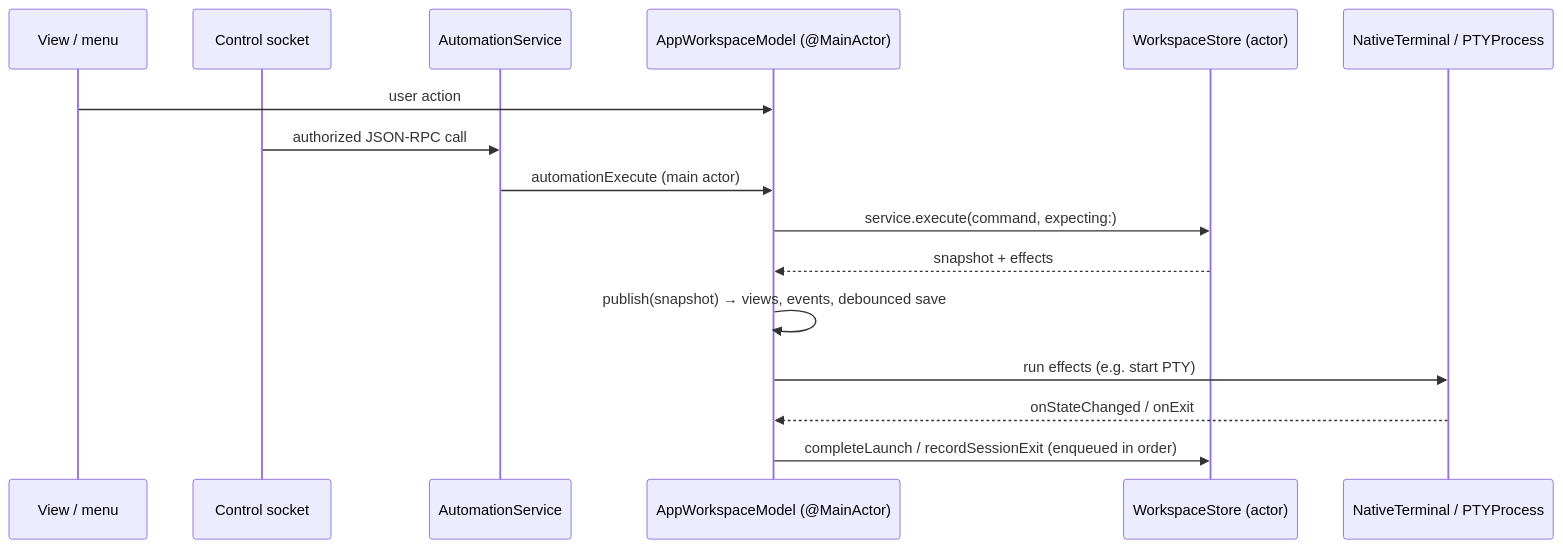
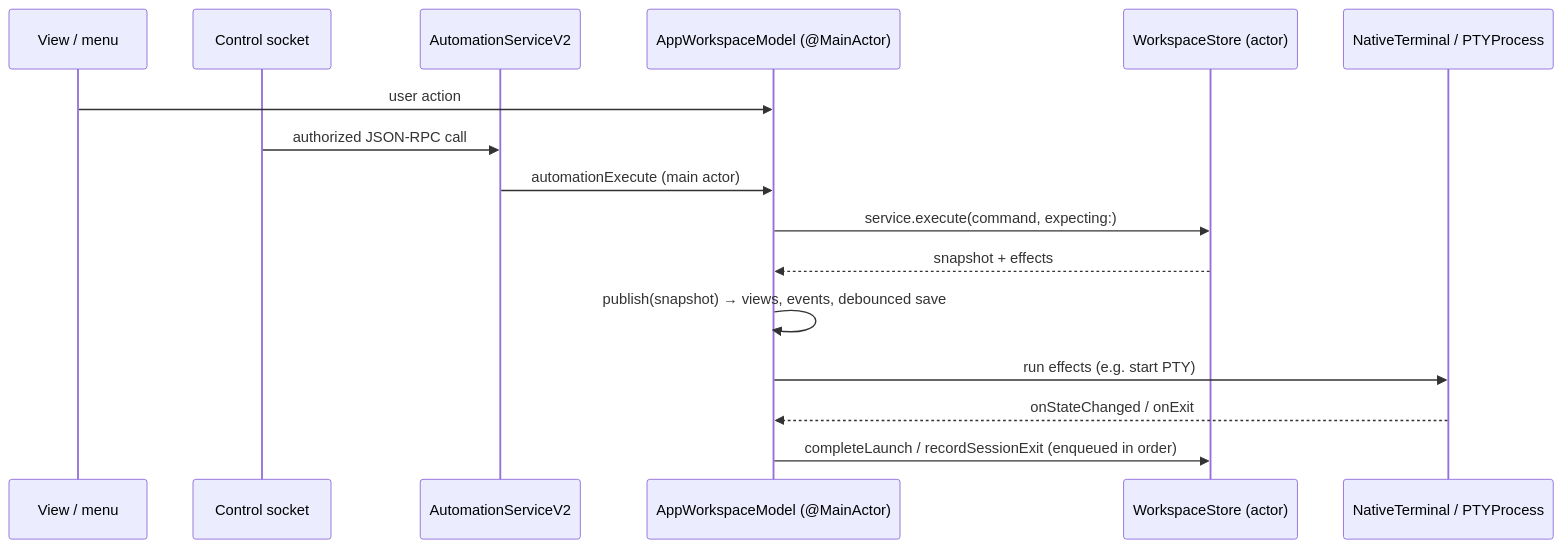
One commit to bearstouch/trellis changed the second of 2 diagrams in docs/architecture/index.md. Above: the diagram before and after it, drawn with Mermaid. The commit also changed other lines of this file and 173 other files, not shown here.

````diff
--- a/docs/architecture/index.md
+++ b/docs/architecture/index.md
@@ -57,18 +57,18 @@
 ```mermaid
 sequenceDiagram
     participant V as View / menu
     participant C as Control socket
-    participant A as AutomationService
+    participant A as AutomationServiceV2
     participant M as AppWorkspaceModel (@MainActor)
     participant S as WorkspaceStore (actor)
     participant T as NativeTerminal / PTYProcess
     V->>M: user action
     C->>A: authorized JSON-RPC call
     A->>M: automationExecute (main actor)
     M->>S: service.execute(command, expecting:)
     S-->>M: snapshot + effects
     M->>M: publish(snapshot) → views, events, debounced save
     M->>T: run effects (e.g. start PTY)
     T-->>M: onStateChanged / onExit
     M->>S: completeLaunch / recordSessionExit (enqueued in order)
 ```
````
